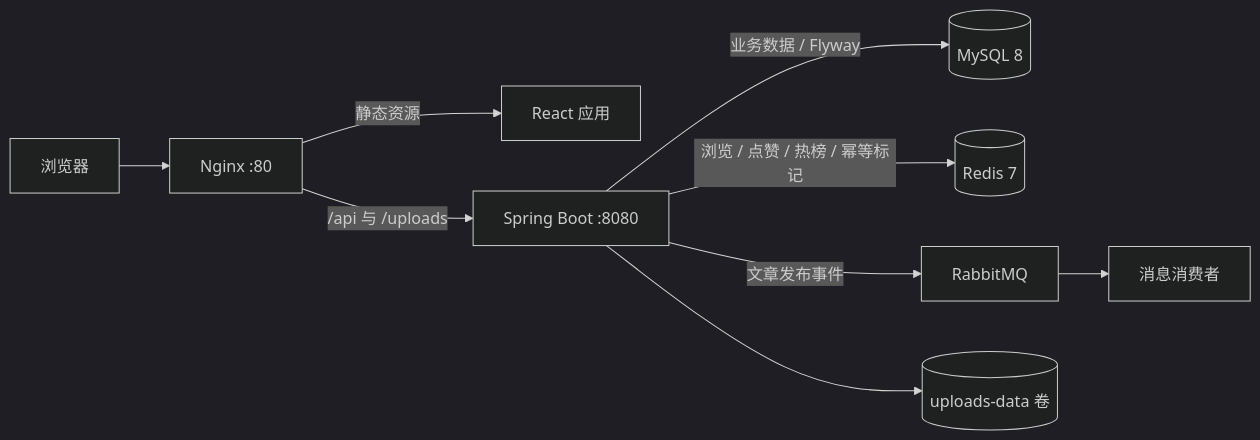
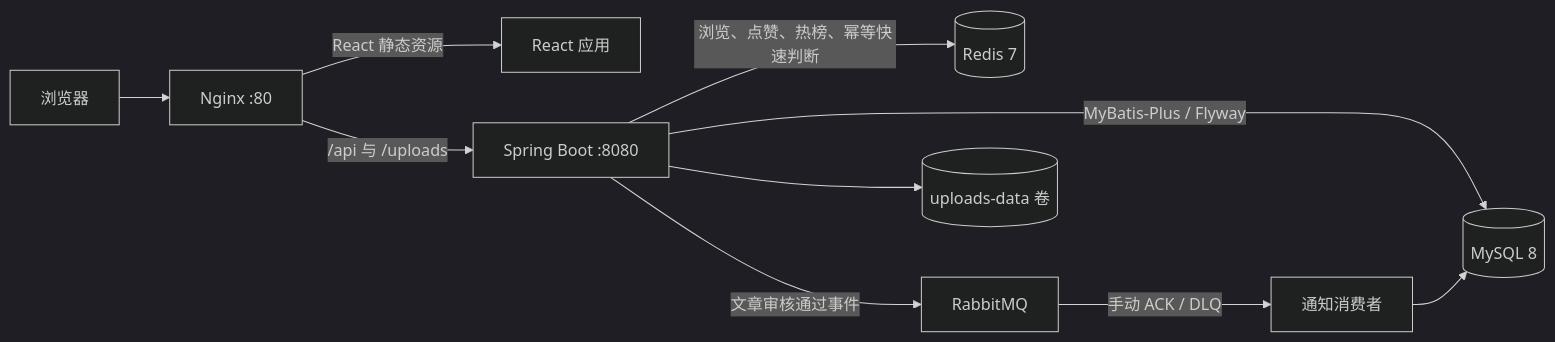
The diagram in README.md (JJJJIU9999/Bit_Forum_Spring), drawn with Mermaid (dark theme) before and after one commit. The commit also changed other lines of this file and 27 other files, not shown here.

````diff
--- a/README.md
+++ b/README.md
@@ -33,11 +33,12 @@
 ```mermaid
 flowchart LR
     Browser[浏览器] --> Nginx[Nginx :80]
-    Nginx -->|静态资源| React[React 应用]
+    Nginx -->|React 静态资源| React[React 应用]
     Nginx -->|/api 与 /uploads| App[Spring Boot :8080]
-    App -->|业务数据 / Flyway| MySQL[(MySQL 8)]
-    App -->|浏览 / 点赞 / 热榜 / 幂等标记| Redis[(Redis 7)]
-    App -->|文章发布事件| MQ[RabbitMQ]
-    MQ --> Consumer[消息消费者]
+    App -->|MyBatis-Plus / Flyway| MySQL[(MySQL 8)]
+    App -->|浏览、点赞、热榜、幂等快速判断| Redis[(Redis 7)]
+    App -->|文章审核通过事件| MQ[RabbitMQ]
+    MQ -->|手动 ACK / DLQ| Consumer[通知消费者]
+    Consumer --> MySQL
     App --> Uploads[(uploads-data 卷)]
 ```
````
